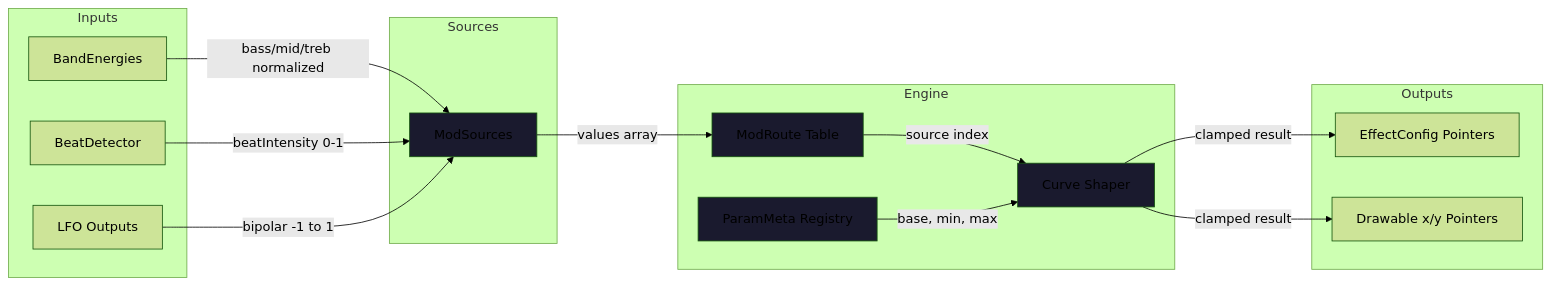
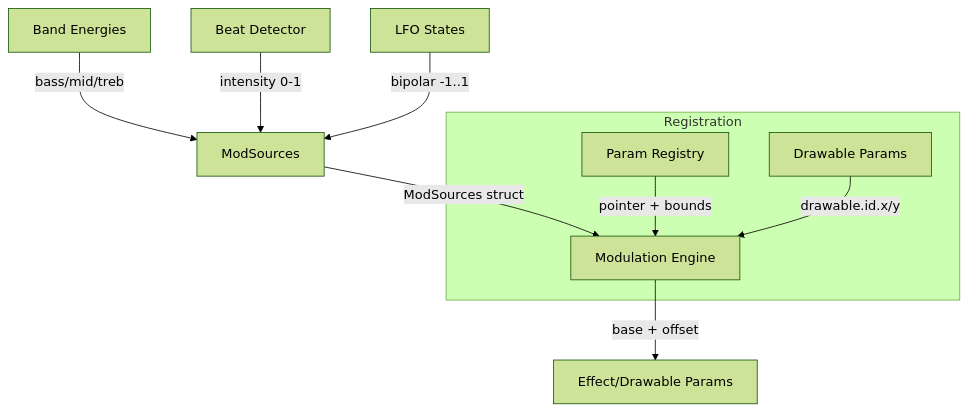
Before and after one commit to EvanLavender13/audio-jones: the diagram in docs/modules/automation.md, drawn with Mermaid (forest theme). The commit also changed other lines of this file and 11 other files, not shown here.

````diff
--- a/docs/modules/automation.md
+++ b/docs/modules/automation.md
@@ -18,37 +15,13 @@
 ```mermaid
-graph LR
-    subgraph Inputs
-        A[BandEnergies]
-        B[BeatDetector]
-        C[LFO Outputs]
+graph TD
+    Bands[Band Energies] -->|bass/mid/treb| MS[ModSources]
+    Beat[Beat Detector] -->|intensity 0-1| MS
+    LFO[LFO States] -->|bipolar -1..1| MS
+    MS -->|ModSources struct| Engine[Modulation Engine]
+    Engine -->|base + offset| Params[Effect/Drawable Params]
+
+    subgraph Registration
+        Registry[Param Registry] -->|pointer + bounds| Engine
+        DParams[Drawable Params] -->|drawable.id.x/y| Engine
     end
-
-    subgraph Sources
-        D[ModSources]
-    end
-
-    subgraph Engine
-        E[ModRoute Table]
-        F[ParamMeta Registry]
-        G[Curve Shaper]
-    end
-
-    subgraph Outputs
-        H[EffectConfig Pointers]
-        I[Drawable x/y Pointers]
-    end
-
-    A -->|bass/mid/treb normalized| D
-    B -->|beatIntensity 0-1| D
-    C -->|bipolar -1 to 1| D
-    D -->|values array| E
-    E -->|source index| G
-    F -->|base, min, max| G
-    G -->|clamped result| H
-    G -->|clamped result| I
-
-    style D fill:#1a1a2e
-    style E fill:#1a1a2e
-    style F fill:#1a1a2e
-    style G fill:#1a1a2e
 ```
````
